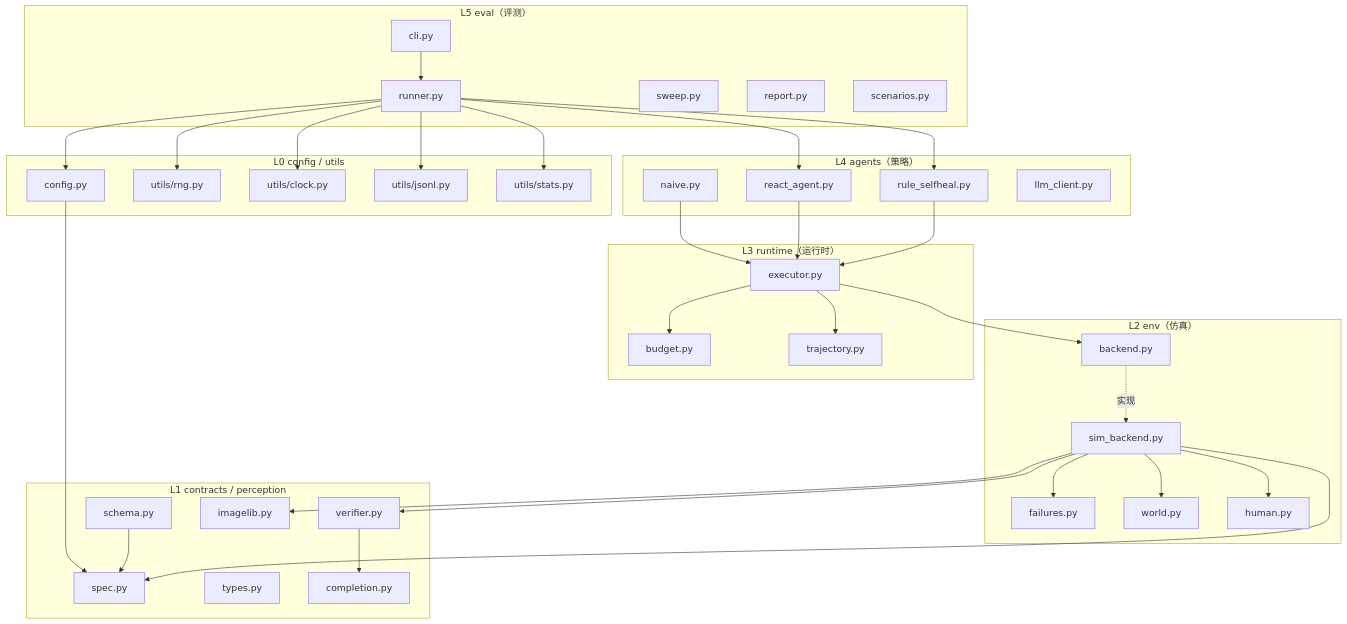
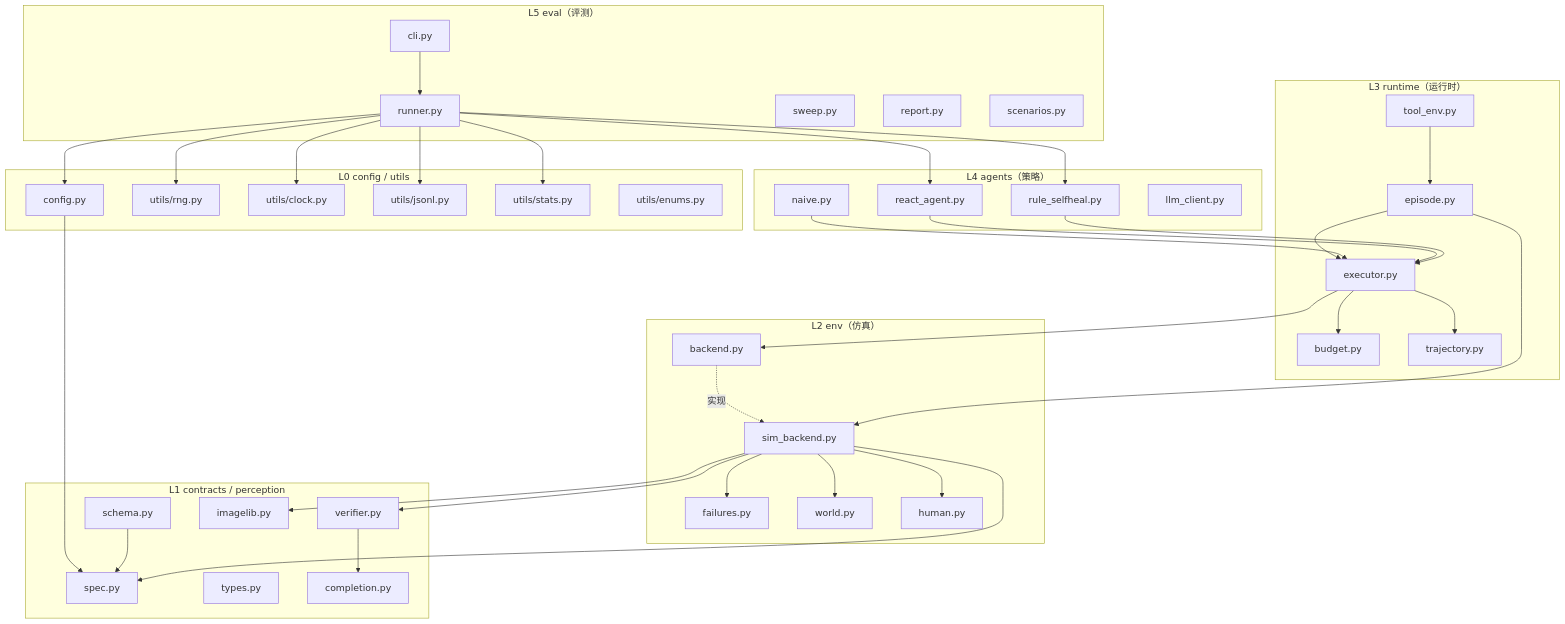
One commit to gnk48lb/shelf_agent changed the first of 2 diagrams in README.md. Above: the diagram before and after it, drawn with Mermaid. The commit also changed other lines of this file and 20 other files, not shown here.

````diff
--- a/README.md
+++ b/README.md
@@ -30,35 +30,37 @@
 ```mermaid
 flowchart TD
     subgraph L5["L5 eval（评测）"]
         CLI[cli.py] & RUN[runner.py] & SWEEP[sweep.py] & REP[report.py] & SC[scenarios.py]
     end
     subgraph L4["L4 agents（策略）"]
         NAIVE[naive.py] & RULE[rule_selfheal.py] & REACT[react_agent.py] & LLM[llm_client.py]
     end
     subgraph L3["L3 runtime（运行时）"]
-        EXE[executor.py] & BUD[budget.py] & TRAJ[trajectory.py]
+        EXE[executor.py] & BUD[budget.py] & TRAJ[trajectory.py] & EP[episode.py] & TENV[tool_env.py]
     end
     subgraph L2["L2 env（仿真）"]
         SIM[sim_backend.py] & FAIL[failures.py] & WORLD[world.py] & HUM[human.py] & BE[backend.py]
     end
     subgraph L1["L1 contracts / perception"]
         SPEC[spec.py] & SCHEMA[schema.py] & TYPES[types.py] & COMP[completion.py] & VER[verifier.py] & IMG[imagelib.py]
     end
     subgraph L0["L0 config / utils"]
-        CFG[config.py] & RNG[utils/rng.py] & CLK[utils/clock.py] & JSONL[utils/jsonl.py] & STATS[utils/stats.py]
+        CFG[config.py] & RNG[utils/rng.py] & CLK[utils/clock.py] & JSONL[utils/jsonl.py] & STATS[utils/stats.py] & ENUM[utils/enums.py]
     end
     CLI --> RUN
     RUN --> RULE
     RUN --> REACT
     RULE & REACT & NAIVE --> EXE
     EXE --> BUD & TRAJ
     EXE --> BE
+    EP --> EXE & SIM
+    TENV --> EP
     BE -.实现.-> SIM
     SIM --> FAIL & WORLD & HUM & VER & IMG
     SIM --> SPEC
     VER --> COMP
     SCHEMA --> SPEC
     CFG --> SPEC
     RUN --> CFG
     RUN --> RNG & CLK & JSONL & STATS
 ```
````
